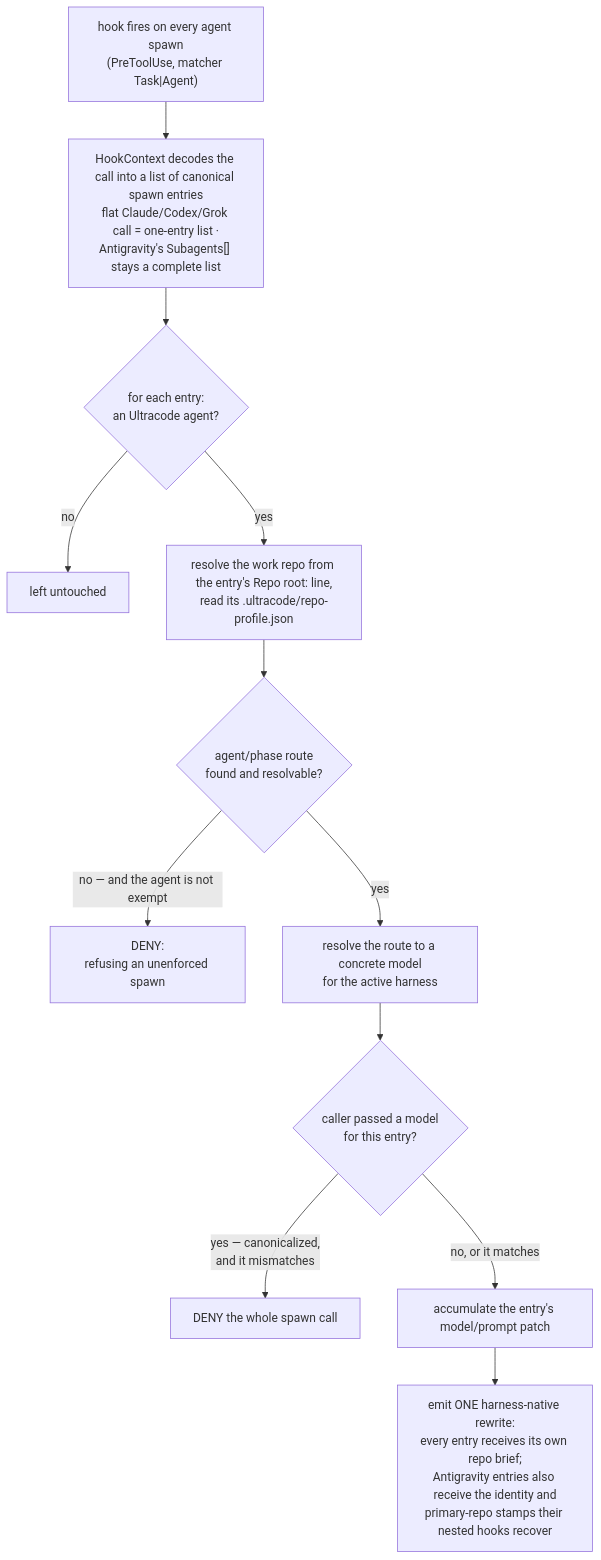
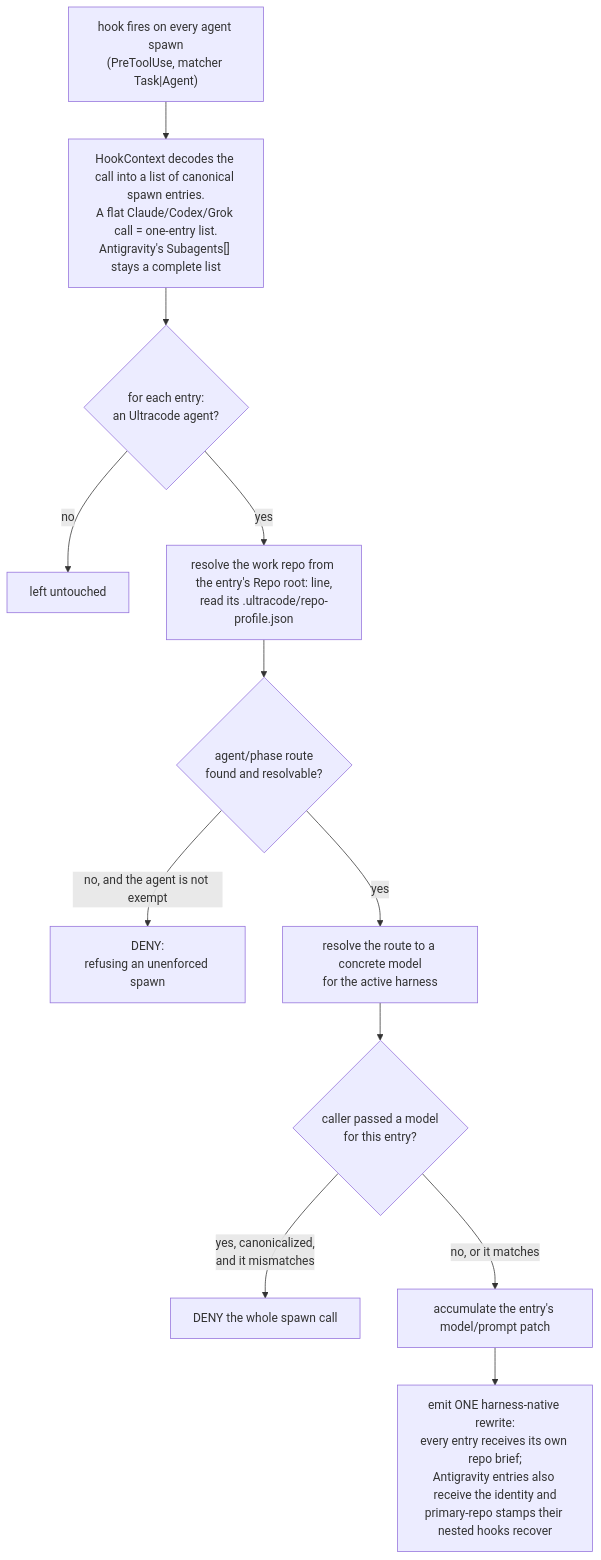
The diagram in docs/model-routing.md (diepquynh/ultracode), drawn with Mermaid before and after one commit. The commit also changed other lines of this file and 36 other files, not shown here.

````diff
--- a/docs/model-routing.md
+++ b/docs/model-routing.md
@@ -118,14 +119,14 @@
 ```mermaid
 flowchart TD
-    FIRE["hook fires on every agent spawn<br/>(PreToolUse, matcher Task|Agent)"] --> DECODE["HookContext decodes the call into a list of canonical spawn entries<br/>flat Claude/Codex/Grok call = one-entry list ·<br/>Antigravity's Subagents[] stays a complete list"]
+    FIRE["hook fires on every agent spawn<br/>(PreToolUse, matcher Task|Agent)"] --> DECODE["HookContext decodes the call into a list of canonical spawn entries.<br/>A flat Claude/Codex/Grok call = one-entry list.<br/>Antigravity's Subagents[] stays a complete list"]
     DECODE --> UC{"for each entry:<br/>an Ultracode agent?"}
     UC -- no --> UNTOUCHED["left untouched"]
     UC -- yes --> PROFILE["resolve the work repo from the entry's Repo root: line,<br/>read its .ultracode/repo-profile.json"]
     PROFILE --> LOOKUP{"agent/phase route<br/>found and resolvable?"}
-    LOOKUP -- "no — and the agent is not exempt" --> DENY1["DENY:<br/>refusing an unenforced spawn"]
+    LOOKUP -- "no, and the agent is not exempt" --> DENY1["DENY:<br/>refusing an unenforced spawn"]
     LOOKUP -- yes --> CONC["resolve the route to a concrete model<br/>for the active harness"]
     CONC --> OVERRIDE{"caller passed a model<br/>for this entry?"}
-    OVERRIDE -- "yes — canonicalized,<br/>and it mismatches" --> DENY2["DENY the whole spawn call"]
+    OVERRIDE -- "yes, canonicalized,<br/>and it mismatches" --> DENY2["DENY the whole spawn call"]
     OVERRIDE -- "no, or it matches" --> ACC["accumulate the entry's model/prompt patch"]
     ACC --> EMIT["emit ONE harness-native rewrite:<br/>every entry receives its own repo brief;<br/>Antigravity entries also receive the identity and<br/>primary-repo stamps their nested hooks recover"]
 ```
````
